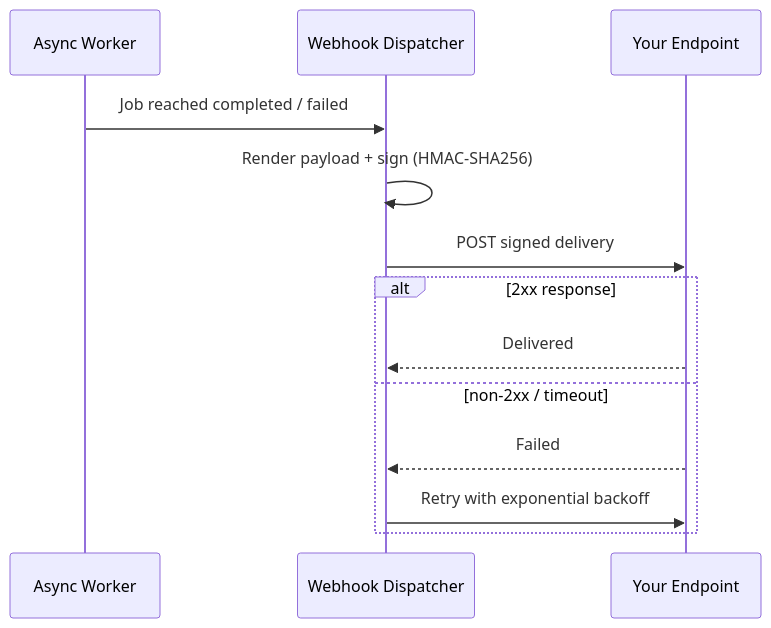
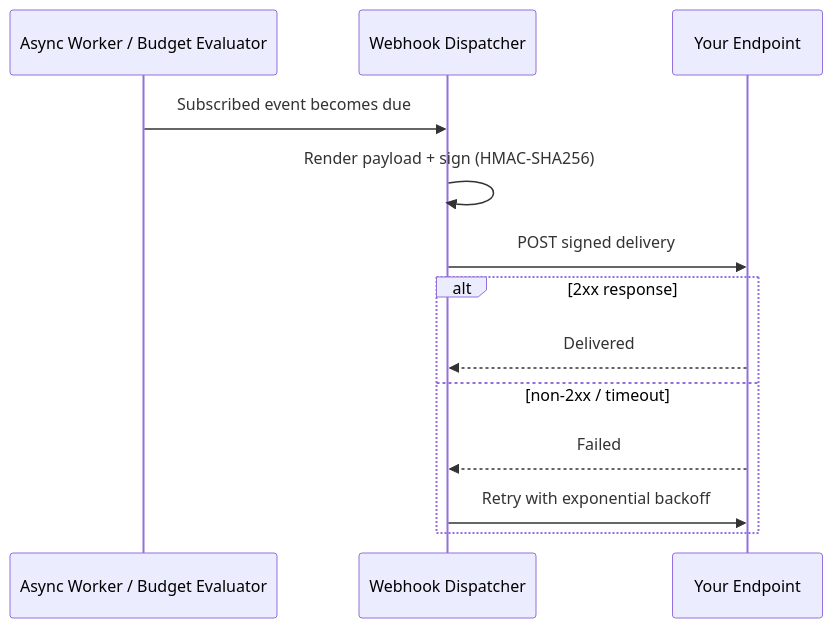
One commit to zuohuadong/elygate changed the diagram in docs/features/webhooks.mdx. Above: the diagram before and after it, drawn with Mermaid. The commit also changed other lines of this file and 37 other files, not shown here.

````diff
--- a/docs/features/webhooks.mdx
+++ b/docs/features/webhooks.mdx
@@ -28,16 +29,16 @@
 ```mermaid
 sequenceDiagram
-    participant Worker as Async Worker
+    participant Source as Async Worker / Budget Evaluator
     participant Dispatcher as Webhook Dispatcher
     participant Endpoint as Your Endpoint
 
-    Worker->>Dispatcher: Job reached completed / failed
+    Source->>Dispatcher: Subscribed event becomes due
     Dispatcher->>Dispatcher: Render payload + sign (HMAC-SHA256)
     Dispatcher->>Endpoint: POST signed delivery
     alt 2xx response
         Endpoint-->>Dispatcher: Delivered
     else non-2xx / timeout
         Endpoint-->>Dispatcher: Failed
         Dispatcher->>Endpoint: Retry with exponential backoff
     end
 ```
````
